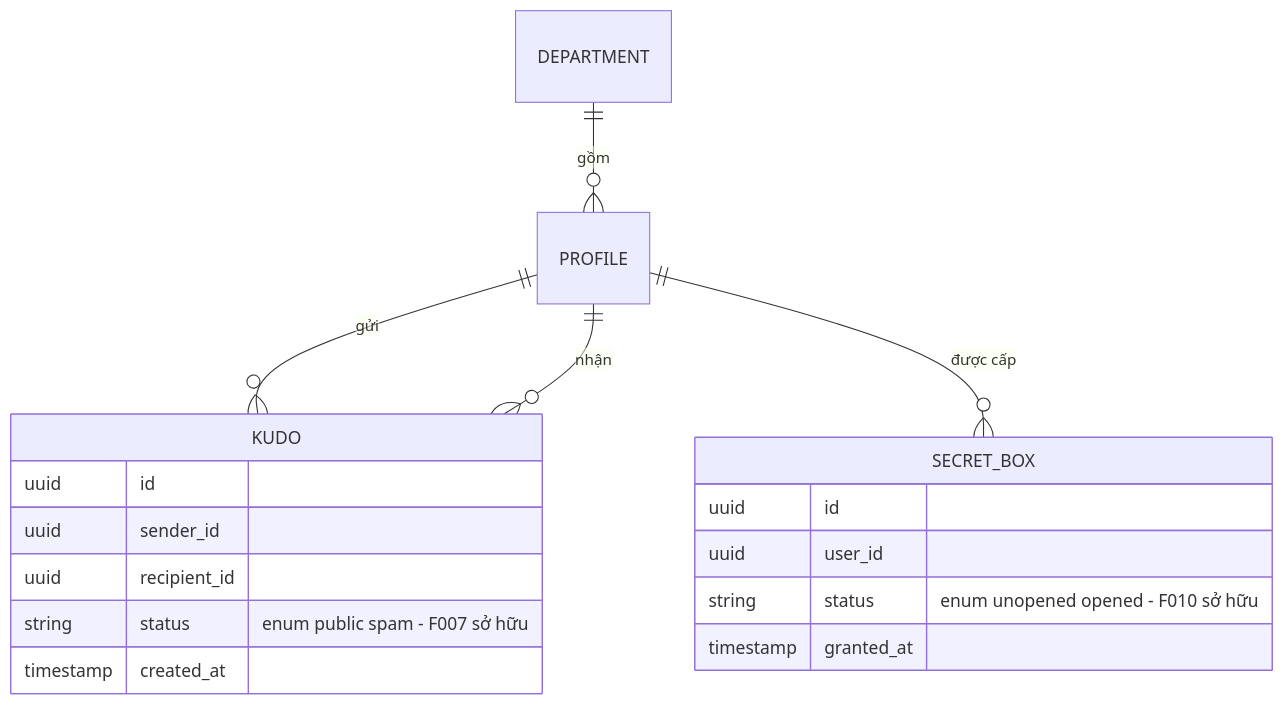
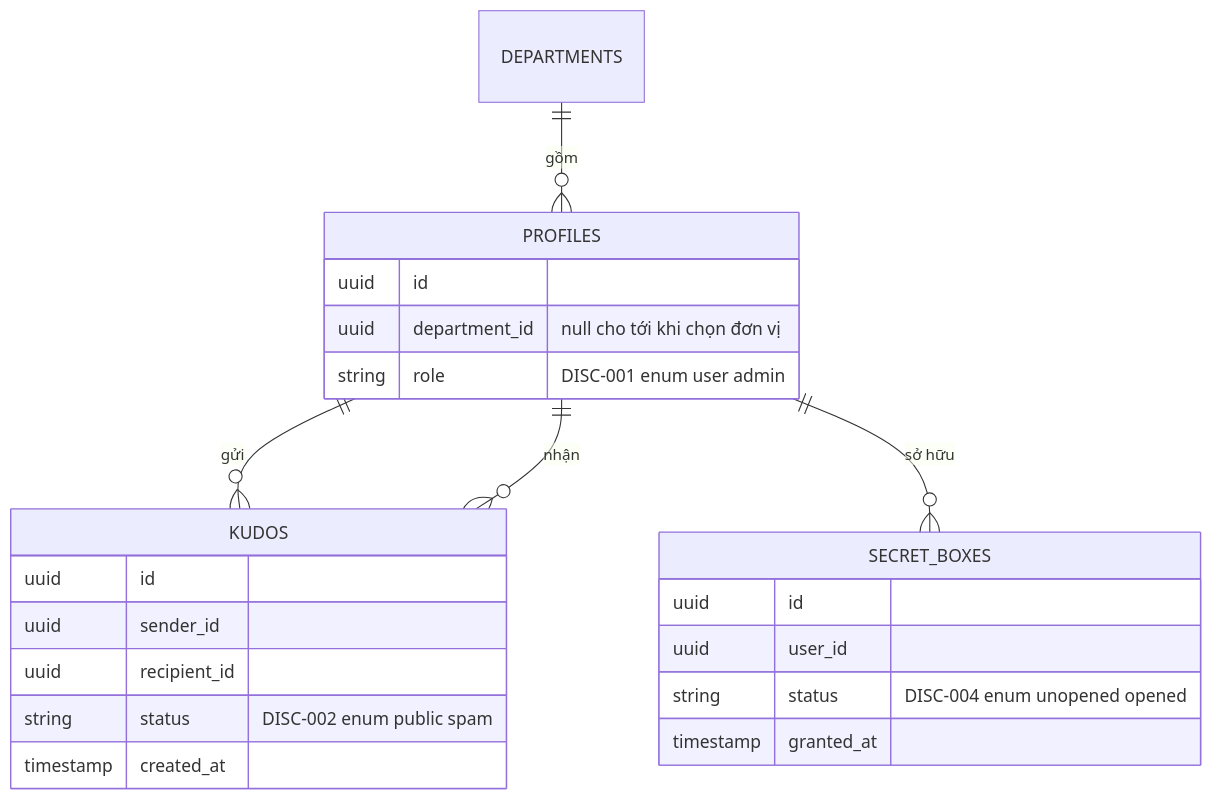
One commit to hailv-3571/agentic-coding-hands-on changed the second of 2 diagrams in docs/features/F015_AdminOverview/technical-spec.md. Above: the diagram before and after it, drawn with Mermaid. The commit also changed other lines of this file and 152 other files, not shown here.

````diff
--- a/docs/features/F015_AdminOverview/technical-spec.md
+++ b/docs/features/F015_AdminOverview/technical-spec.md
@@ -144,20 +206,25 @@
 ```mermaid
 erDiagram
-    DEPARTMENT ||--o{ PROFILE : "gồm"
-    PROFILE ||--o{ KUDO : "gửi"
-    PROFILE ||--o{ KUDO : "nhận"
-    PROFILE ||--o{ SECRET_BOX : "được cấp"
-    KUDO {
+    DEPARTMENTS ||--o{ PROFILES : "gồm"
+    PROFILES ||--o{ KUDOS : "gửi"
+    PROFILES ||--o{ KUDOS : "nhận"
+    PROFILES ||--o{ SECRET_BOXES : "sở hữu"
+    PROFILES {
+        uuid id
+        uuid department_id "null cho tới khi chọn đơn vị"
+        string role "DISC-001 enum user admin"
+    }
+    KUDOS {
         uuid id
         uuid sender_id
         uuid recipient_id
-        string status "enum public spam - F007 sở hữu"
+        string status "DISC-002 enum public spam"
         timestamp created_at
     }
-    SECRET_BOX {
+    SECRET_BOXES {
         uuid id
         uuid user_id
-        string status "enum unopened opened - F010 sở hữu"
+        string status "DISC-004 enum unopened opened"
         timestamp granted_at
     }
 ```
````
